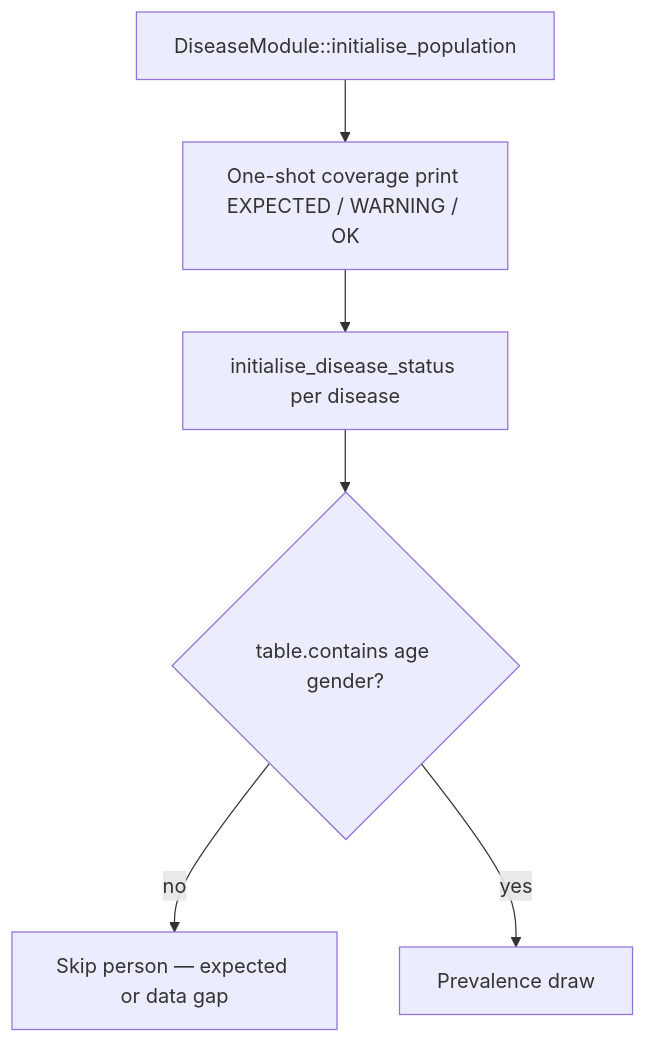
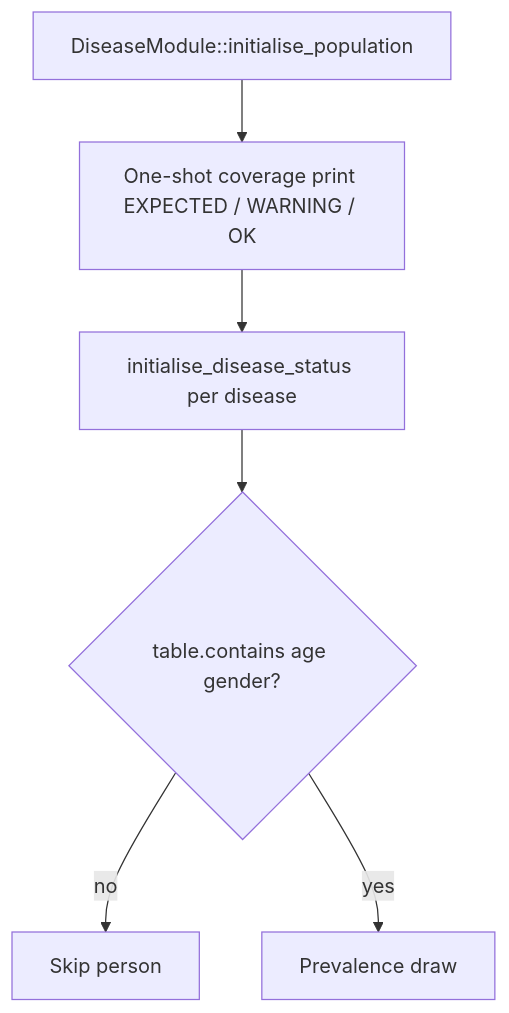
Before and after one commit to imperialCHEPI/healthgps: the diagram in documentation/technical/guides/jacardi-slovenia-run-fixes.md, drawn with Mermaid. The commit also changed other lines of this file and 4 other files, not shown here.

````diff
--- a/documentation/technical/guides/jacardi-slovenia-run-fixes.md
+++ b/documentation/technical/guides/jacardi-slovenia-run-fixes.md
@@ -63,9 +33,9 @@
 ```mermaid
 flowchart TD
   Init[DiseaseModule::initialise_population]
   Init --> Report[One-shot coverage print EXPECTED / WARNING / OK]
   Report --> Status[initialise_disease_status per disease]
   Status --> Skip{table.contains age gender?}
-  Skip -->|no| Next[Skip person — expected or data gap]
+  Skip -->|no| Next[Skip person]
   Skip -->|yes| Prev[Prevalence draw]
 ```
````
